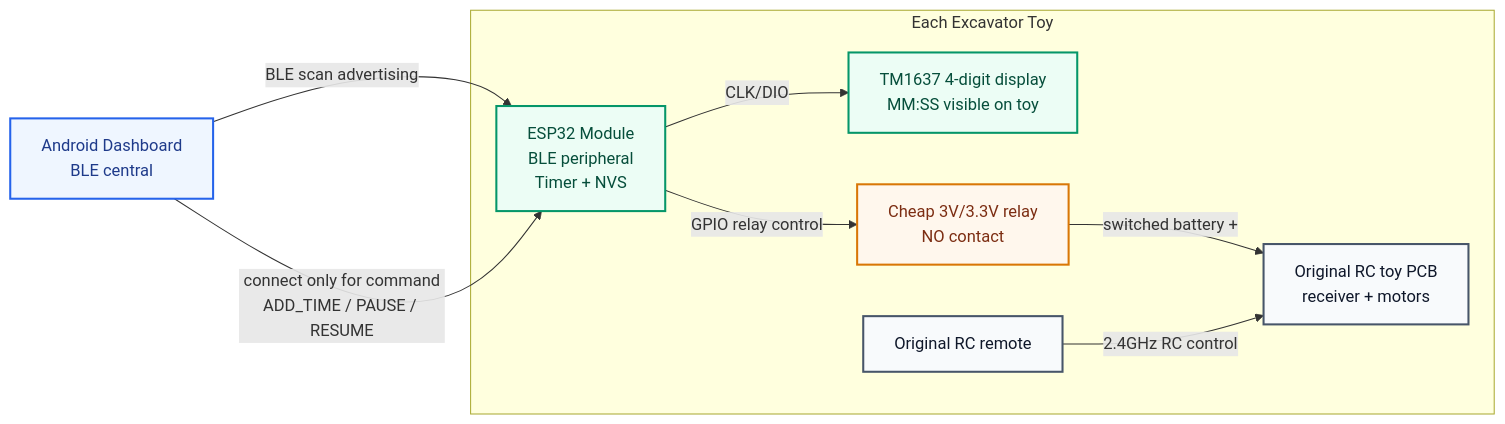
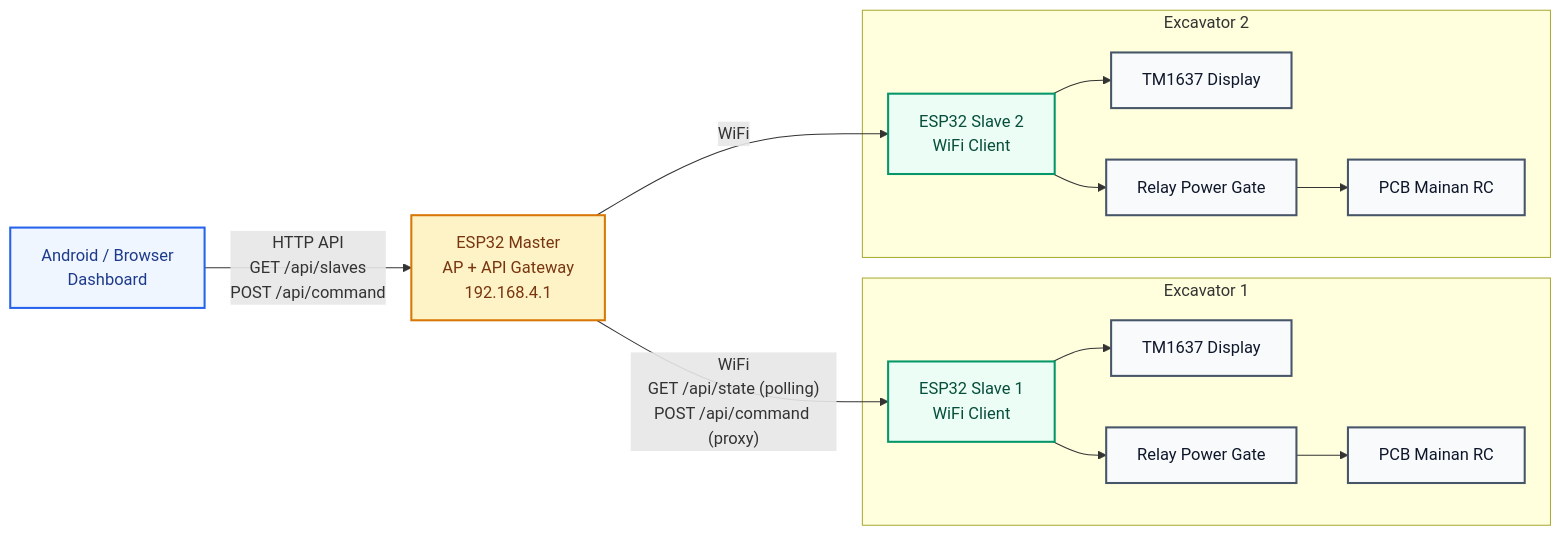
The first of 7 diagrams in docs/MERMAID_DIAGRAMS.md (trefeon/excavator-rental-timer), drawn with Mermaid before and after one commit. The commit also changed other lines of this file and 12 other files, not shown here.

Commit message:
feat: migrate from BLE direct to Wi-Fi Master-Slave architecture for excavator rental timer module

````diff
--- a/docs/MERMAID_DIAGRAMS.md
+++ b/docs/MERMAID_DIAGRAMS.md
@@ -7,29 +9,37 @@
 ```mermaid
 flowchart LR
-  android["Android Dashboard<br/>BLE central"]
+  android["Android / Browser<br/>Dashboard"]
+  master["ESP32 Master<br/>AP + API Gateway<br/>192.168.4.1"]
 
-  subgraph toy["Each Excavator Toy"]
-    esp["ESP32 Module<br/>BLE peripheral<br/>Timer + NVS"]
-    display["TM1637 4-digit display<br/>MM:SS visible on toy"]
-    relay["Cheap 3V/3.3V relay<br/>NO contact"]
-    pcb["Original RC toy PCB<br/>receiver + motors"]
-    remote["Original RC remote"]
+  subgraph slave1["Excavator 1"]
+    esp1["ESP32 Slave 1<br/>WiFi Client"]
+    disp1["TM1637 Display"]
+    relay1["Relay Power Gate"]
+    toy1["PCB Mainan RC"]
   end
 
-  android -- "BLE scan advertising" --> esp
-  android -- "connect only for command<br/>ADD_TIME / PAUSE / RESUME" --> esp
-  esp -- "CLK/DIO" --> display
-  esp -- "GPIO relay control" --> relay
-  relay -- "switched battery +" --> pcb
-  remote -- "2.4GHz RC control" --> pcb
+  subgraph slave2["Excavator 2"]
+    esp2["ESP32 Slave 2<br/>WiFi Client"]
+    disp2["TM1637 Display"]
+    relay2["Relay Power Gate"]
+    toy2["PCB Mainan RC"]
+  end
 
-  classDef phone fill:#eff6ff,stroke:#2563eb,stroke-width:2px,color:#1e3a8a;
-  classDef module fill:#ecfdf5,stroke:#059669,stroke-width:2px,color:#064e3b;
-  classDef power fill:#fff7ed,stroke:#d97706,stroke-width:2px,color:#7c2d12;
-  classDef toybox fill:#f8fafc,stroke:#475569,stroke-width:2px,color:#0f172a;
+  android -- "HTTP API<br/>GET /api/slaves<br/>POST /api/command" --> master
+  master -- "WiFi<br/>GET /api/state (polling)<br/>POST /api/command (proxy)" --> esp1
+  master -- "WiFi" --> esp2
+  esp1 --> disp1
+  esp1 --> relay1 --> toy1
+  esp2 --> disp2
+  esp2 --> relay2 --> toy2
 
-  class android phone;
-  class esp,display module;
-  class relay power;
-  class pcb,remote toybox;
+  classDef phone fill:#eff6ff,stroke:#2563eb,stroke-width:2px,color:#1e3a8a
+  classDef masterNode fill:#fef3c7,stroke:#d97706,stroke-width:2px,color:#78350f
+  classDef slaveNode fill:#ecfdf5,stroke:#059669,stroke-width:2px,color:#064e3b
+  classDef ioNode fill:#f8fafc,stroke:#475569,stroke-width:2px,color:#0f172a
+
+  class android phone
+  class master masterNode
+  class esp1,esp2 slaveNode
+  class disp1,disp2,relay1,relay2,toy1,toy2 ioNode
 ```
````
